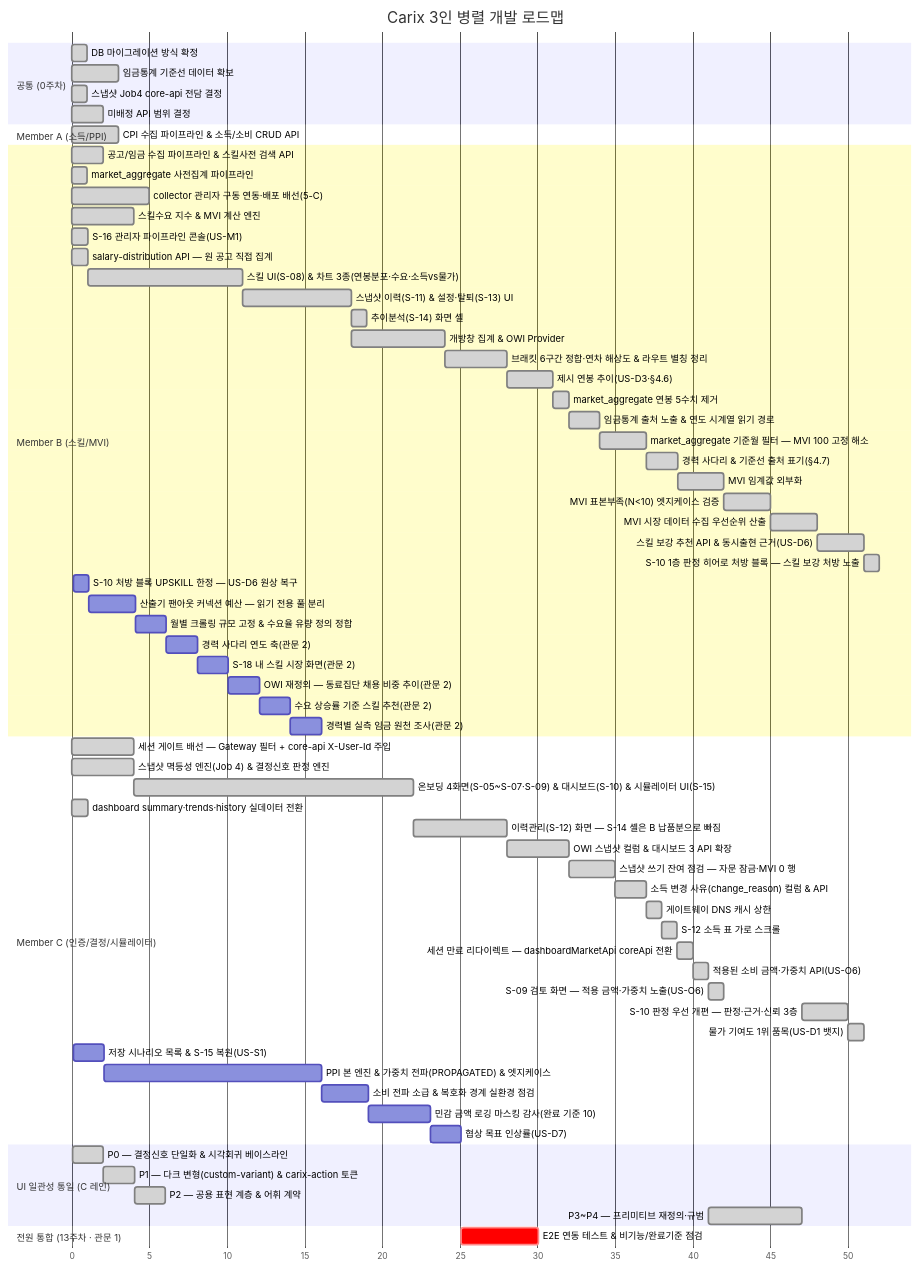
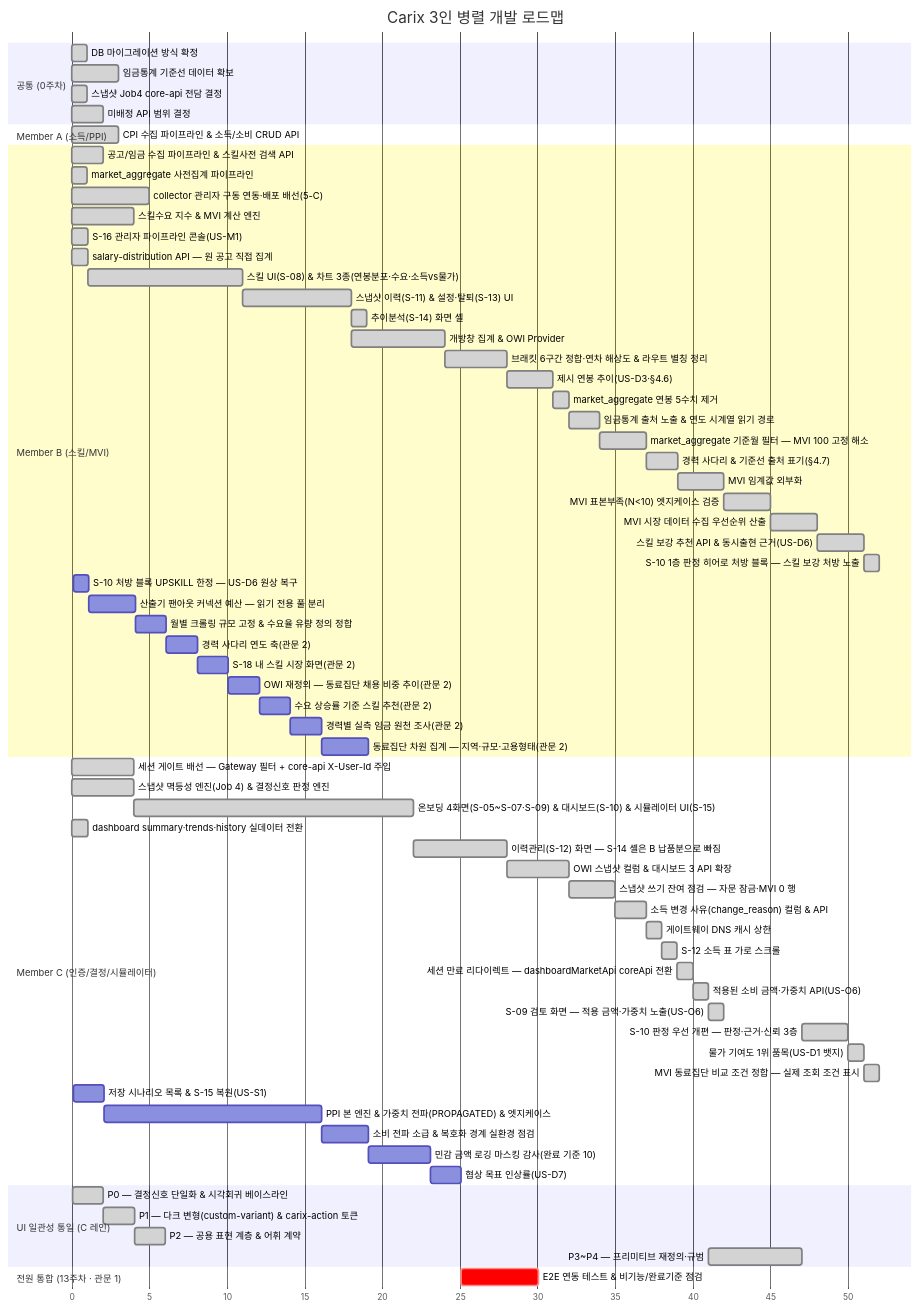
One commit to SeoHyeokGyu/Carix changed the first of 2 diagrams in docs/plans/carix-dev-plan.md. Above: the diagram before and after it, drawn with Mermaid. The commit also changed other lines of this file and 4 other files, not shown here.

````diff
--- a/docs/plans/carix-dev-plan.md
+++ b/docs/plans/carix-dev-plan.md
@@ -94,71 +94,73 @@
 ```mermaid
 gantt
     title Carix 3인 병렬 개발 로드맵
     dateFormat X
     axisFormat %s
     section 공통 (0주차)
     DB 마이그레이션 방식 확정 :done, c0a, 0, 1s
     임금통계 기준선 데이터 확보 :done, a0, 3, 3s
     스냅샷 Job4 core-api 전담 결정 :done, i0, 7, 1s
     미배정 API 범위 결정 :done, c0, 7, 2s
     section Member A (소득/PPI)
     CPI 수집 파이프라인 & 소득/소비 CRUD API :done, a1, 12, 3s
     section Member B (스킬/MVI)
     공고/임금 수집 파이프라인 & 스킬사전 검색 API :done, b1, 2, 2s
     market_aggregate 사전집계 파이프라인 :done, b2a, 3, 1s
     collector 관리자 구동 연동·배포 배선(5-C) :done, b0, 7, 5s
     스킬수요 지수 & MVI 계산 엔진 :done, b2, 8, 4s
     S-16 관리자 파이프라인 콘솔(US-M1) :done, b16, 14, 1s
     salary-distribution API — 원 공고 직접 집계 :done, b3a, 15, 1s
     스킬 UI(S-08) & 차트 3종(연봉분포·수요·소득vs물가) :done, b3, after b3a, 10s
     스냅샷 이력(S-11) & 설정·탈퇴(S-13) UI :done, b4, after b3, 7s
     추이분석(S-14) 화면 셸 :done, b4a, after b4, 1s
     개방창 집계 & OWI Provider :done, b6, after b4, 6s
     브래킷 6구간 정합·연차 해상도 & 라우트 별칭 정리 :done, b7, after b6, 4s
     제시 연봉 추이(US-D3·§4.6) :done, b10, after b7, 3s
     market_aggregate 연봉 5수치 제거 :done, b11, after b10, 1s
     임금통계 출처 노출 & 연도 시계열 읽기 경로 :done, b13, after b11, 2s
     market_aggregate 기준월 필터 — MVI 100 고정 해소 :done, b18, after b13, 3s
     경력 사다리 & 기준선 출처 표기(§4.7) :done, b12, after b18, 2s
     MVI 임계값 외부화 :done, b8, after b12, 3s
     MVI 표본부족(N<10) 엣지케이스 검증 :done, b8a, after b8, 3s
     MVI 시장 데이터 수집 우선순위 산출 :done, b8b, after b8a, 3s
     스킬 보강 추천 API & 동시출현 근거(US-D6) :done, b9, after b8b, 3s
     S-10 1층 판정 히어로 처방 블록 — 스킬 보강 처방 노출 :done, b15, after b9, 1s
     S-10 처방 블록 UPSKILL 한정 — US-D6 원상 복구 :b20, 83, 1s
     산출기 팬아웃 커넥션 예산 — 읽기 전용 풀 분리 :b17, after b20, 3s
     월별 크롤링 규모 고정 & 수요율 유량 정의 정합 :b21, after b17, 2s
     경력 사다리 연도 축(관문 2) :b14, after b21, 2s
     S-18 내 스킬 시장 화면(관문 2) :b19, after b14, 2s
     OWI 재정의 — 동료집단 채용 비중 추이(관문 2) :b22, after b19, 2s
     수요 상승률 기준 스킬 추천(관문 2) :b23, after b22, 2s
     경력별 실측 임금 원천 조사(관문 2) :b24, after b23, 2s
+    동료집단 차원 집계 — 지역·규모·고용형태(관문 2) :b25, after b24, 3s
     section Member C (인증/결정/시뮬레이터)
     세션 게이트 배선 — Gateway 필터 + core-api X-User-Id 주입 :done, c0b, 7, 4s
     스냅샷 멱등성 엔진(Job 4) & 결정신호 판정 엔진 :done, c2, 8, 4s
     온보딩 4화면(S-05~S-07·S-09) & 대시보드(S-10) & 시뮬레이터 UI(S-15) :done, c3, after c2, 18s
     dashboard summary·trends·history 실데이터 전환 :done, c4a, 15, 1s
     이력관리(S-12) 화면 — S-14 셸은 B 납품분으로 빠짐 :done, c4, after c3, 6s
     OWI 스냅샷 컬럼 & 대시보드 3 API 확장 :done, c6, after c4, 4s
     스냅샷 쓰기 잔여 점검 — 자문 잠금·MVI 0 행 :done, c5, after c6, 3s
     소득 변경 사유(change_reason) 컬럼 & API :done, c10, after c5, 2s
     게이트웨이 DNS 캐시 상한 :done, c7, after c10, 1s
     S-12 소득 표 가로 스크롤 :done, c13, after c7, 1s
     세션 만료 리다이렉트 — dashboardMarketApi coreApi 전환 :done, c16, after c13, 1s
     적용된 소비 금액·가중치 API(US-O6) :done, c11, after c16, 1s
     S-09 검토 화면 — 적용 금액·가중치 노출(US-O6) :done, c17, after c11, 1s
     S-10 판정 우선 개편 — 판정·근거·신뢰 3층 :done, c15, after ui3, 3s
     물가 기여도 1위 품목(US-D1 뱃지) :done, c12, after c15, 1s
+    MVI 동료집단 비교 조건 정합 — 실제 조회 조건 표시 :done, c22, after c12, 1s
     저장 시나리오 목록 & S-15 복원(US-S1) :c9, 83, 2s
     PPI 본 엔진 & 가중치 전파(PROPAGATED) & 엣지케이스 :a2, after c9, 14s
     소비 전파 소급 & 복호화 경계 실환경 점검 :a12, after a2, 3s
     민감 금액 로깅 마스킹 감사(완료 기준 10) :a7, after a12, 4s
     협상 목표 인상률(US-D7) :c8, after a7, 2s
     section UI 일관성 통일 (C 레인)
     P0 — 결정신호 단일화 & 시각회귀 베이스라인 :done, ui0, 33, 2s
     P1 — 다크 변형(custom-variant) & carix-action 토큰 :done, ui1, after ui0, 2s
     P2 — 공용 표현 계층 & 어휘 계약 :done, ui2, after ui1, 2s
     P3~P4 — 프리미티브 재정의·규범 :done, ui3, after c11, 6s
     section 전원 통합 (13주차 · 관문 1)
     E2E 연동 테스트 & 비기능/완료기준 점검 :crit, e2e, after b21 c8, 5s
 ```
````
